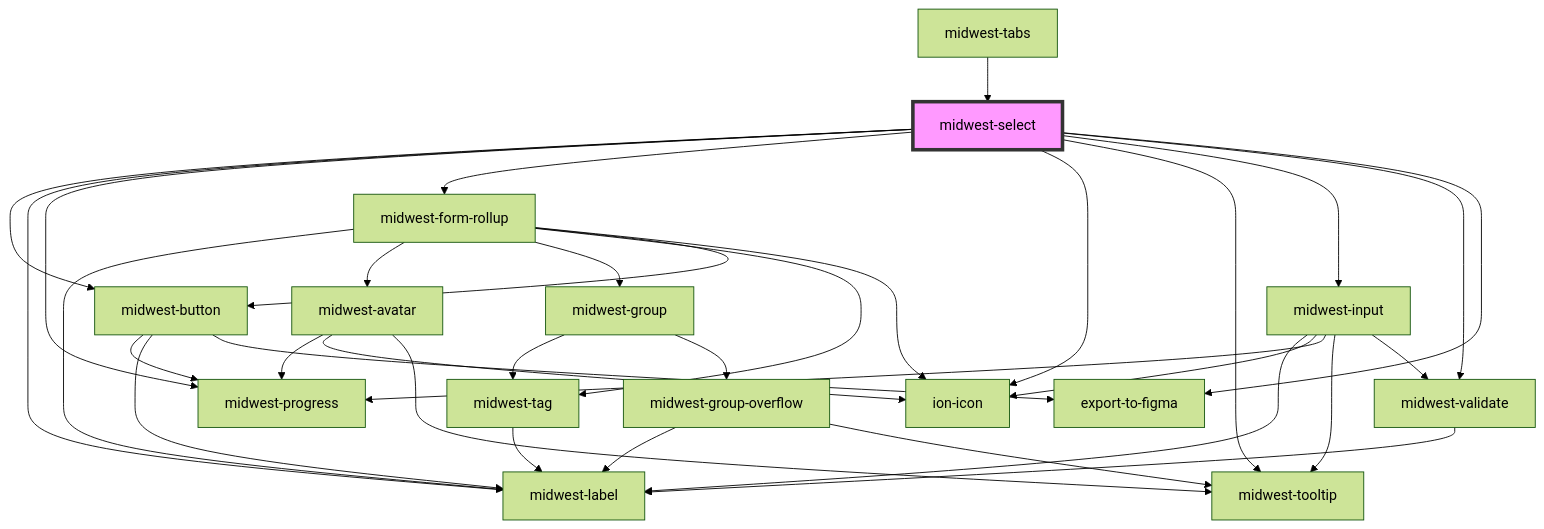
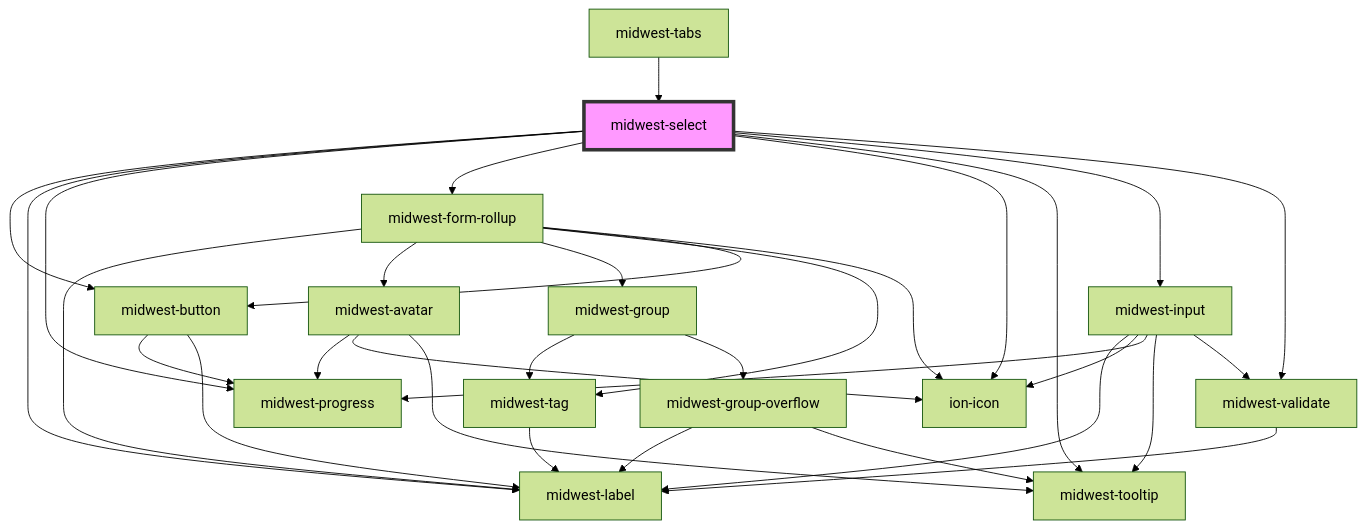
The diagram in packages/forms/src/components/select/readme.md (splitinfinities/Midwest), drawn with Mermaid (forest theme) before and after one commit. The commit also changed other lines of this file and 48 other files, not shown here.

````diff
--- a/packages/forms/src/components/select/readme.md
+++ b/packages/forms/src/components/select/readme.md
@@ -113,37 +112,35 @@
 ```mermaid
 graph TD;
   midwest-select --> midwest-button
   midwest-select --> midwest-label
   midwest-select --> midwest-progress
   midwest-select --> midwest-form-rollup
   midwest-select --> ion-icon
   midwest-select --> midwest-tooltip
   midwest-select --> midwest-input
   midwest-select --> midwest-validate
-  midwest-select --> export-to-figma
   midwest-button --> midwest-progress
   midwest-button --> midwest-label
-  midwest-button --> export-to-figma
   midwest-form-rollup --> midwest-label
   midwest-form-rollup --> midwest-avatar
   midwest-form-rollup --> midwest-group
   midwest-form-rollup --> midwest-tag
   midwest-form-rollup --> midwest-button
   midwest-form-rollup --> ion-icon
   midwest-avatar --> midwest-progress
   midwest-avatar --> ion-icon
   midwest-avatar --> midwest-tooltip
   midwest-group --> midwest-tag
   midwest-group --> midwest-group-overflow
   midwest-tag --> midwest-label
   midwest-group-overflow --> midwest-label
   midwest-group-overflow --> midwest-tooltip
   midwest-input --> midwest-label
   midwest-input --> ion-icon
   midwest-input --> midwest-progress
   midwest-input --> midwest-tooltip
   midwest-input --> midwest-validate
   midwest-validate --> midwest-label
   midwest-tabs --> midwest-select
   style midwest-select fill:#f9f,stroke:#333,stroke-width:4px
 ```
````
